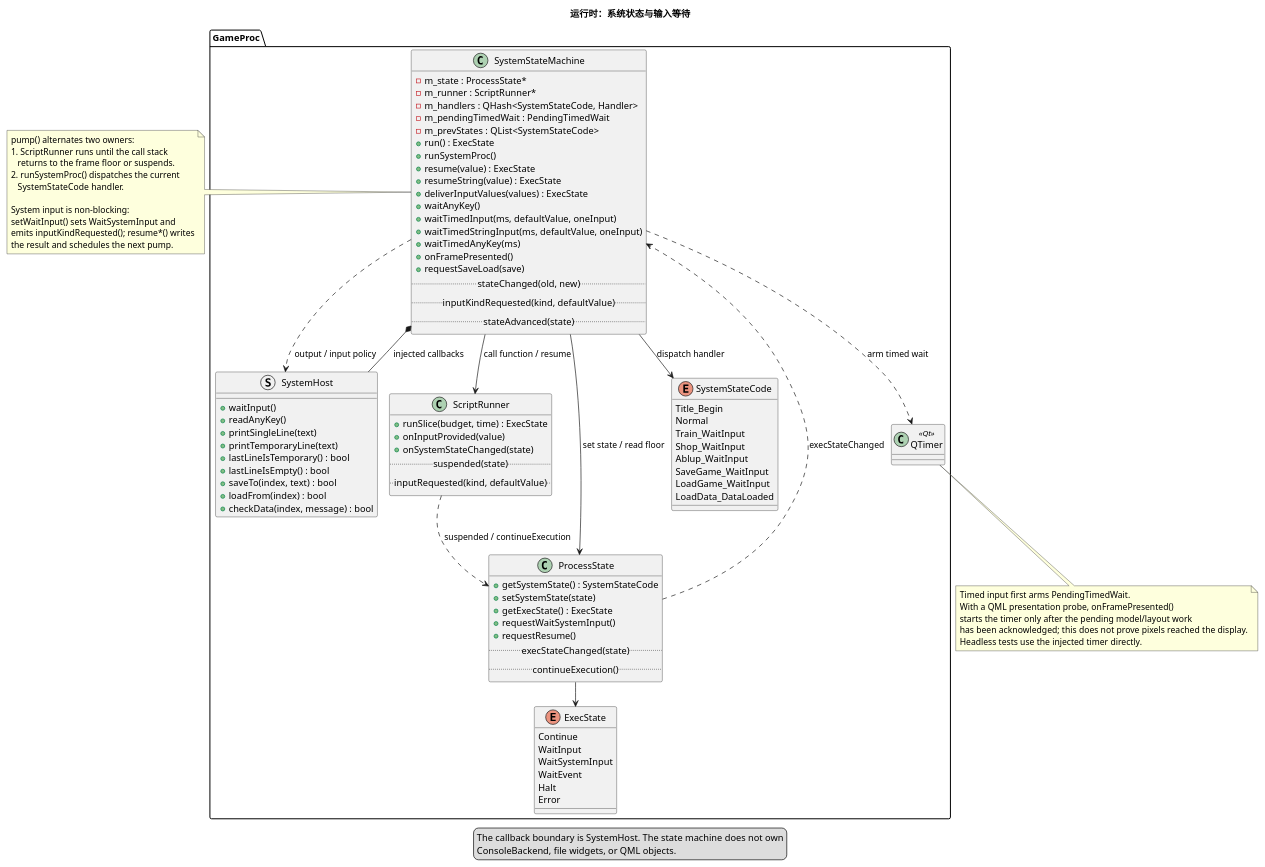
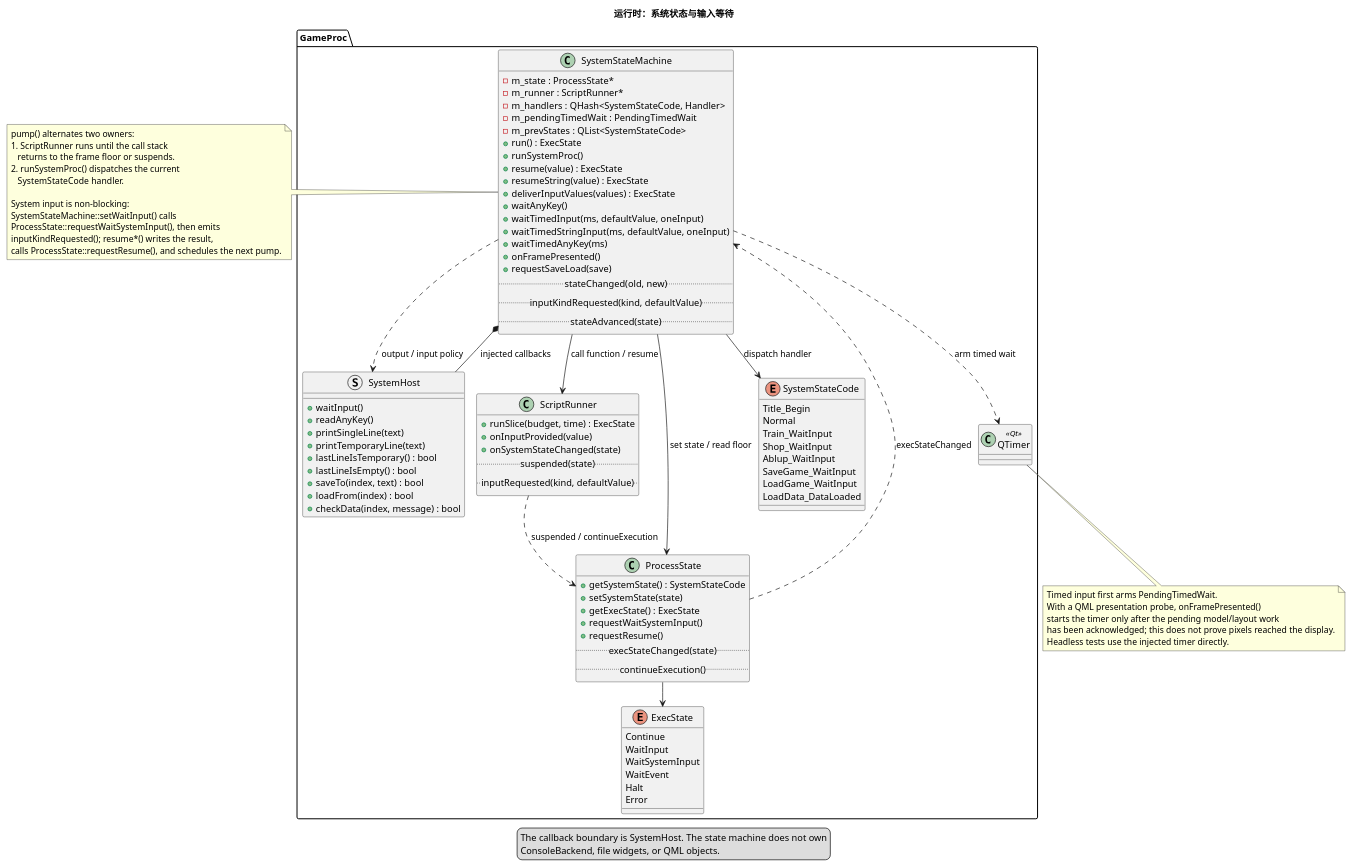
One commit to yigekuyou/qt-eraemu changed the diagram in docs/uml/03-runtime-system.puml. Above: the diagram before and after it, drawn with PlantUML. The commit also changed 1 other file, not shown here.

```diff
--- a/docs/uml/03-runtime-system.puml
+++ b/docs/uml/03-runtime-system.puml
@@ -1,119 +1,120 @@
 @startuml 03-runtime-system
 !pragma layout smetana
 ' 运行时责任 2/4：系统状态、脚本帧底与输入等待
 ' 来源：GameProc/system_state_machine.h, process_state.h, script_runner.h
 
 title 运行时：系统状态与输入等待
 
 package "GameProc" {
   class SystemStateMachine {
     - m_state : ProcessState*
     - m_runner : ScriptRunner*
     - m_handlers : QHash<SystemStateCode, Handler>
     - m_pendingTimedWait : PendingTimedWait
     - m_prevStates : QList<SystemStateCode>
     + run() : ExecState
     + runSystemProc()
     + resume(value) : ExecState
     + resumeString(value) : ExecState
     + deliverInputValues(values) : ExecState
     + waitAnyKey()
     + waitTimedInput(ms, defaultValue, oneInput)
     + waitTimedStringInput(ms, defaultValue, oneInput)
     + waitTimedAnyKey(ms)
     + onFramePresented()
     + requestSaveLoad(save)
     .. stateChanged(old, new) ..
     .. inputKindRequested(kind, defaultValue) ..
     .. stateAdvanced(state) ..
   }
 
   struct SystemHost {
     + waitInput()
     + readAnyKey()
     + printSingleLine(text)
     + printTemporaryLine(text)
     + lastLineIsTemporary() : bool
     + lastLineIsEmpty() : bool
     + saveTo(index, text) : bool
     + loadFrom(index) : bool
     + checkData(index, message) : bool
   }
 
   class ScriptRunner {
     + runSlice(budget, time) : ExecState
     + onInputProvided(value)
     + onSystemStateChanged(state)
     .. suspended(state) ..
     .. inputRequested(kind, defaultValue) ..
   }
 
   class ProcessState {
     + getSystemState() : SystemStateCode
     + setSystemState(state)
     + getExecState() : ExecState
     + requestWaitSystemInput()
     + requestResume()
     .. execStateChanged(state) ..
     .. continueExecution() ..
   }
 
   enum SystemStateCode {
     Title_Begin
     Normal
     Train_WaitInput
     Shop_WaitInput
     Ablup_WaitInput
     SaveGame_WaitInput
     LoadGame_WaitInput
     LoadData_DataLoaded
   }
 
   enum ExecState {
     Continue
     WaitInput
     WaitSystemInput
     WaitEvent
     Halt
     Error
   }
 
   class QTimer <<Qt>>
 }
 
 SystemStateMachine *-- SystemHost : injected callbacks
 SystemStateMachine --> ProcessState : set state / read floor
 SystemStateMachine --> ScriptRunner : call function / resume
 SystemStateMachine --> SystemStateCode : dispatch handler
 ProcessState --> ExecState
 ProcessState ..> SystemStateMachine : execStateChanged
 ScriptRunner ..> ProcessState : suspended / continueExecution
 SystemStateMachine ..> QTimer : arm timed wait
 SystemStateMachine ..> SystemHost : output / input policy
 
 note right of SystemStateMachine
   pump() alternates two owners:
   1. ScriptRunner runs until the call stack
      returns to the frame floor or suspends.
   2. runSystemProc() dispatches the current
      SystemStateCode handler.
 
   System input is non-blocking:
-  setWaitInput() sets WaitSystemInput and
-  emits inputKindRequested(); resume*() writes
-  the result and schedules the next pump.
+  SystemStateMachine::setWaitInput() calls
+  ProcessState::requestWaitSystemInput(), then emits
+  inputKindRequested(); resume*() writes the result,
+  calls ProcessState::requestResume(), and schedules the next pump.
 end note
 
 note bottom of QTimer
   Timed input first arms PendingTimedWait.
   With a QML presentation probe, onFramePresented()
   starts the timer only after the pending model/layout work
   has been acknowledged; this does not prove pixels reached the display.
   Headless tests use the injected timer directly.
 end note
 
 legend bottom
   The callback boundary is SystemHost. The state machine does not own
   ConsoleBackend, file widgets, or QML objects.
 endlegend
 @enduml
```
